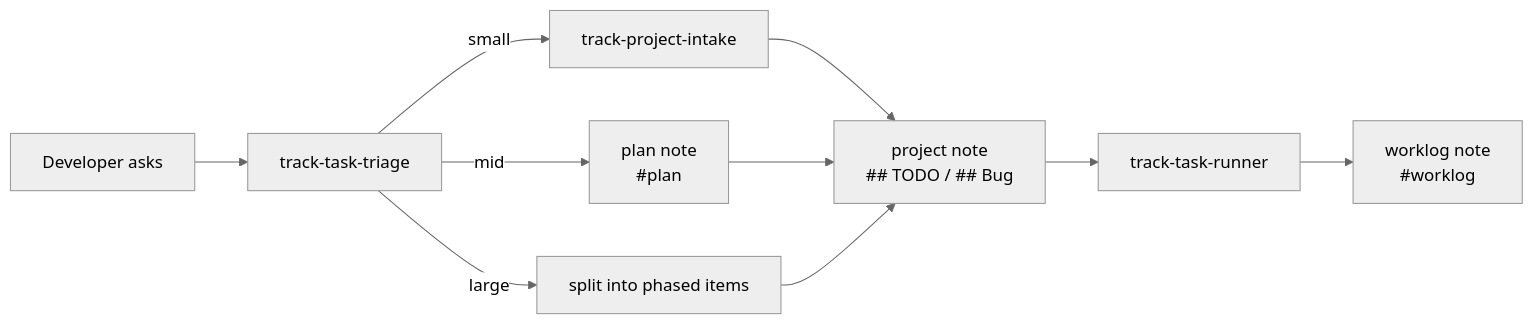
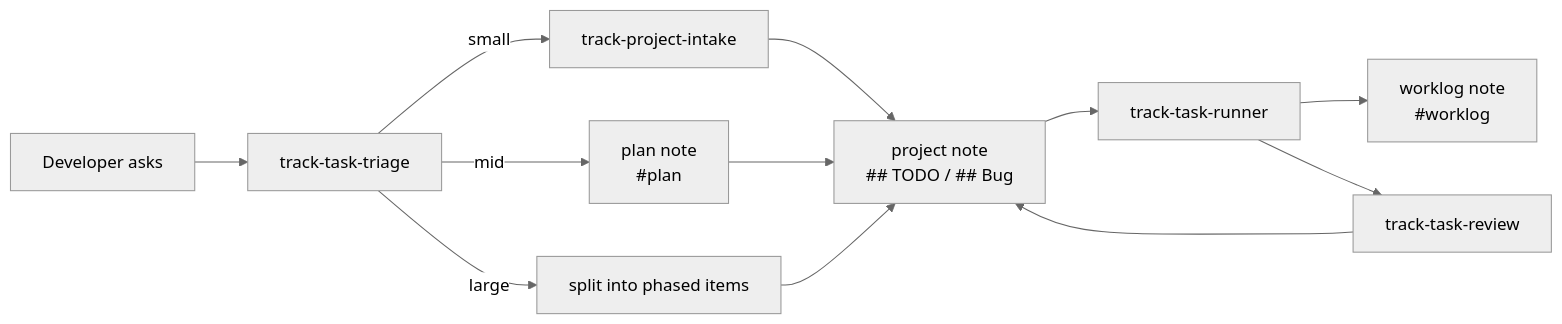
One commit to ttak0422/track-lab changed the diagram in plugins/task/README.md. Above: the diagram before and after it, drawn with Mermaid (neutral theme). The commit also changed other lines of this file and 3 other files, not shown here.

Commit message:
Add track-task-review skill for post-completion tidy-up

````diff
--- a/plugins/task/README.md
+++ b/plugins/task/README.md
@@ -17,12 +18,14 @@
 ```mermaid
 flowchart LR
   ask[Developer asks] --> triage[track-task-triage]
   triage -->|small| intake[track-project-intake]
   triage -->|mid| plan["plan note<br/>#plan"]
   triage -->|large| split["split into phased items"]
   intake --> checklist["project note<br/>## TODO / ## Bug"]
   plan --> checklist
   split --> checklist
   checklist --> runner[track-task-runner]
   runner --> worklog["worklog note<br/>#worklog"]
+  runner --> review[track-task-review]
+  review --> checklist
 ```
````
